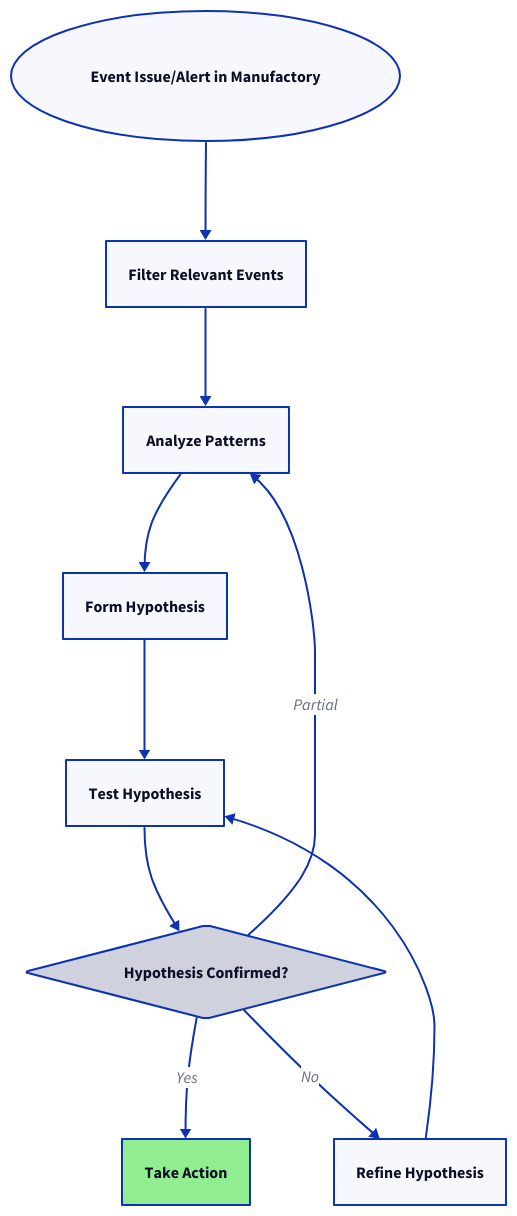
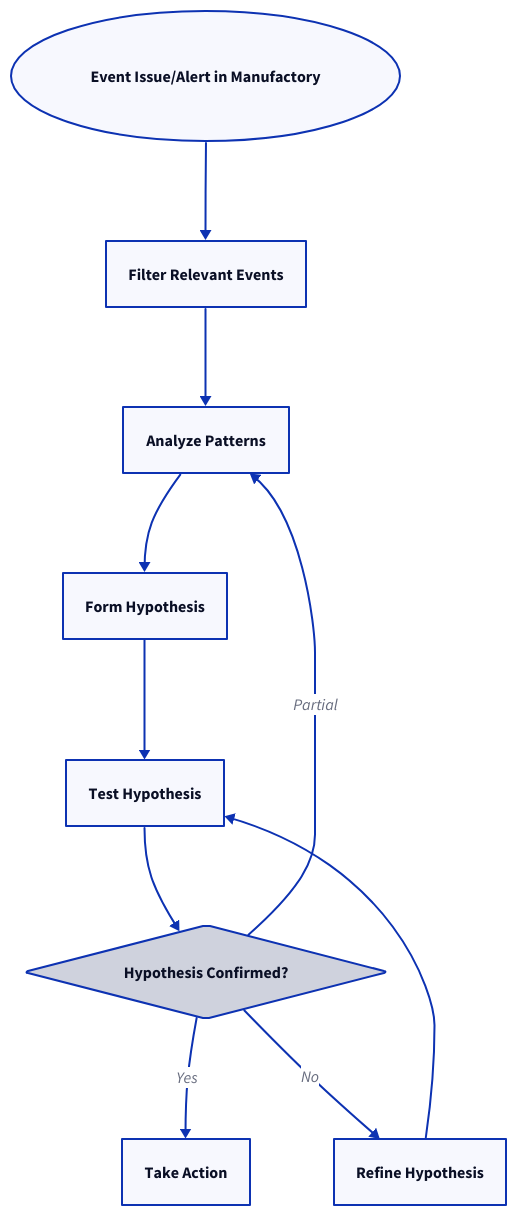
The diagram in src/content/docs/manufactory/best-practices/analyzing-events-and-deriving-insights.mdx (tallyfy/documentation), drawn with D2 before and after one commit. The commit also changed other lines of this file and 605 other files, not shown here.

````diff
--- a/src/content/docs/manufactory/best-practices/analyzing-events-and-deriving-insights.mdx
+++ b/src/content/docs/manufactory/best-practices/analyzing-events-and-deriving-insights.mdx
@@ -42,46 +43,45 @@
 ```d2
 Action: "Action"
 Analyze: "Analyze"
 Check: "Check"
 Filter: "Filter"
 Hypothesis: "Hypothesis"
 Refine: "Refine"
 Start: "Start"
 Test: "Test"
 Start: Event Issue/Alert in Manufactory {
   shape: oval
 }
 Filter: Filter Relevant Events {
   shape: rectangle
 }
 Analyze: Analyze Patterns {
   shape: rectangle
 }
 Hypothesis: Form Hypothesis {
   shape: rectangle
 }
 Test: Test Hypothesis {
   shape: rectangle
 }
 Check: Hypothesis Confirmed? {
   shape: diamond
 }
 Action: Take Action {
   shape: rectangle
-  style.fill: "#90EE90"
+  
 }
 Refine: Refine Hypothesis {
   shape: rectangle
 }
 
 Start -> Filter
 Filter -> Analyze
 Analyze -> Hypothesis
 Hypothesis -> Test
 Test -> Check
 Check -> Action: Yes
 Check -> Refine: No
 Check -> Analyze: Partial
 Refine -> Test
-
 ```
````
